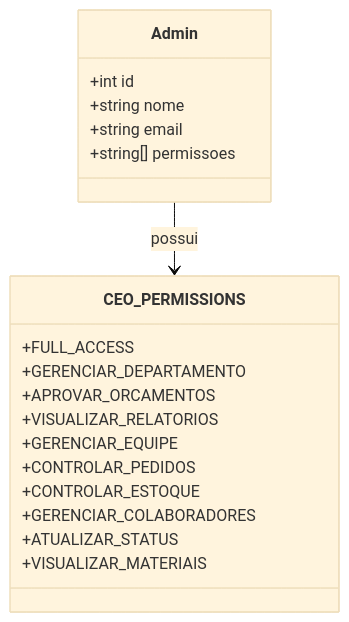
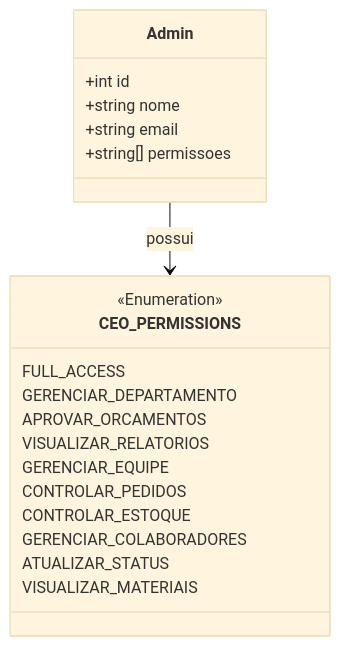
Before and after one commit to ronaldo227/serralheria-api: the diagram in docs/class-diagram-admin-ceo.md, drawn with Mermaid (base theme). The commit also changed 6 other files, not shown here.

Commit message:
docs: valida sintaxe Mermaid e corrige potenciais erros de anotação nos diagramas

````diff
--- a/docs/class-diagram-admin-ceo.md
+++ b/docs/class-diagram-admin-ceo.md
@@ -3,22 +3,23 @@
 ```mermaid
 classDiagram
     class Admin {
         +int id
         +string nome
         +string email
         +string[] permissoes
     }
     class CEO_PERMISSIONS {
-        +FULL_ACCESS
-        +GERENCIAR_DEPARTAMENTO
-        +APROVAR_ORCAMENTOS
-        +VISUALIZAR_RELATORIOS
-        +GERENCIAR_EQUIPE
-        +CONTROLAR_PEDIDOS
-        +CONTROLAR_ESTOQUE
-        +GERENCIAR_COLABORADORES
-        +ATUALIZAR_STATUS
-        +VISUALIZAR_MATERIAIS
+        <<Enumeration>>
+        FULL_ACCESS
+        GERENCIAR_DEPARTAMENTO
+        APROVAR_ORCAMENTOS
+        VISUALIZAR_RELATORIOS
+        GERENCIAR_EQUIPE
+        CONTROLAR_PEDIDOS
+        CONTROLAR_ESTOQUE
+        GERENCIAR_COLABORADORES
+        ATUALIZAR_STATUS
+        VISUALIZAR_MATERIAIS
     }
     Admin --> CEO_PERMISSIONS : possui
 ```
````
